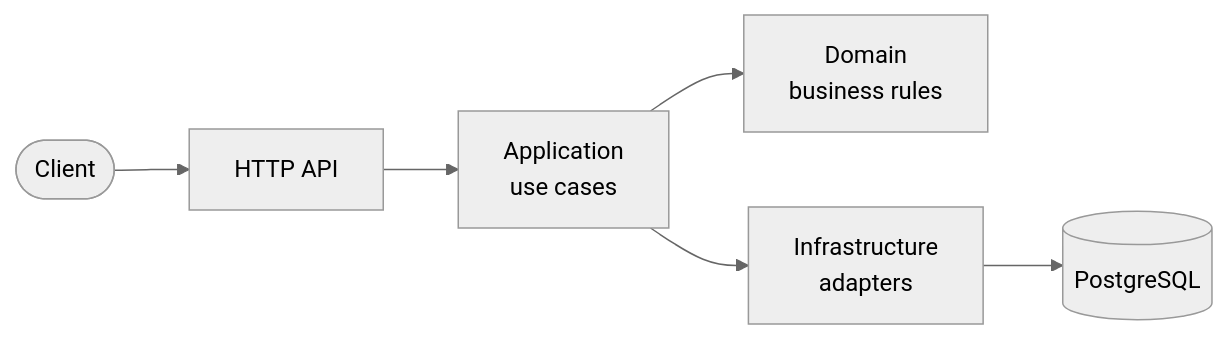
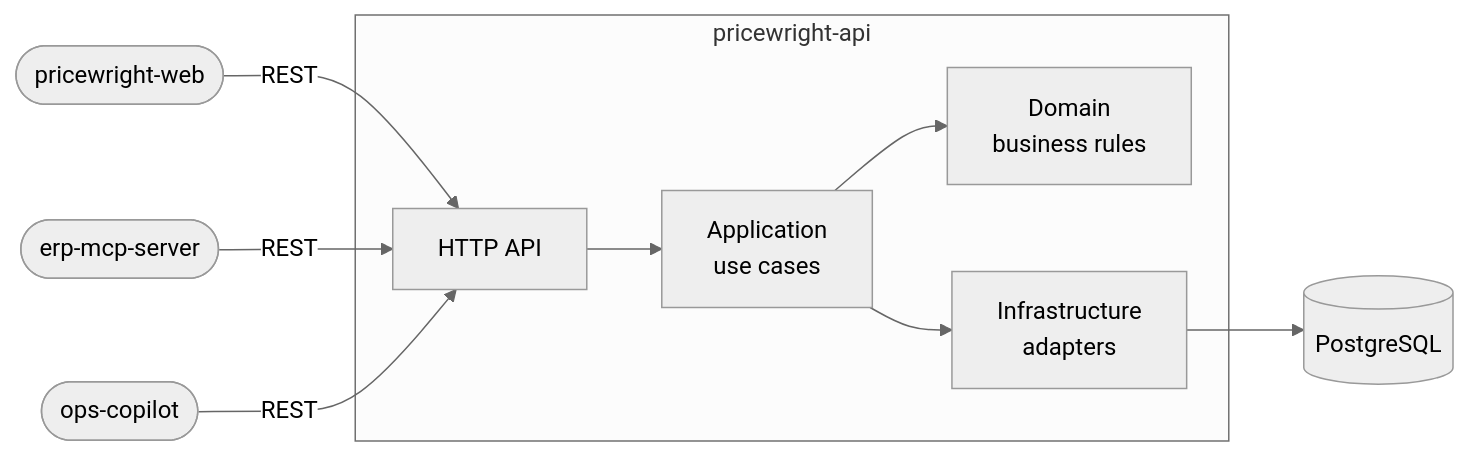
Before and after one commit to odvprogra/pricewright-api: the diagram in README.md, drawn with Mermaid (neutral theme). The commit also changed other lines of this file and 4 other files, not shown here.

````diff
--- a/README.md
+++ b/README.md
@@ -28,8 +47,12 @@
 ```mermaid
 flowchart LR
-    client([Client]) --> api[HTTP API]
-    api --> app[Application<br/>use cases]
-    app --> domain[Domain<br/>business rules]
-    app --> infra[Infrastructure<br/>adapters]
+    web([pricewright-web]) -->|REST| api
+    mcp([erp-mcp-server]) -->|REST| api
+    copilot([ops-copilot]) -->|REST| api
+    subgraph service[pricewright-api]
+        api[HTTP API] --> app[Application<br/>use cases]
+        app --> domain[Domain<br/>business rules]
+        app --> infra[Infrastructure<br/>adapters]
+    end
     infra --> db[(PostgreSQL)]
 ```
````
